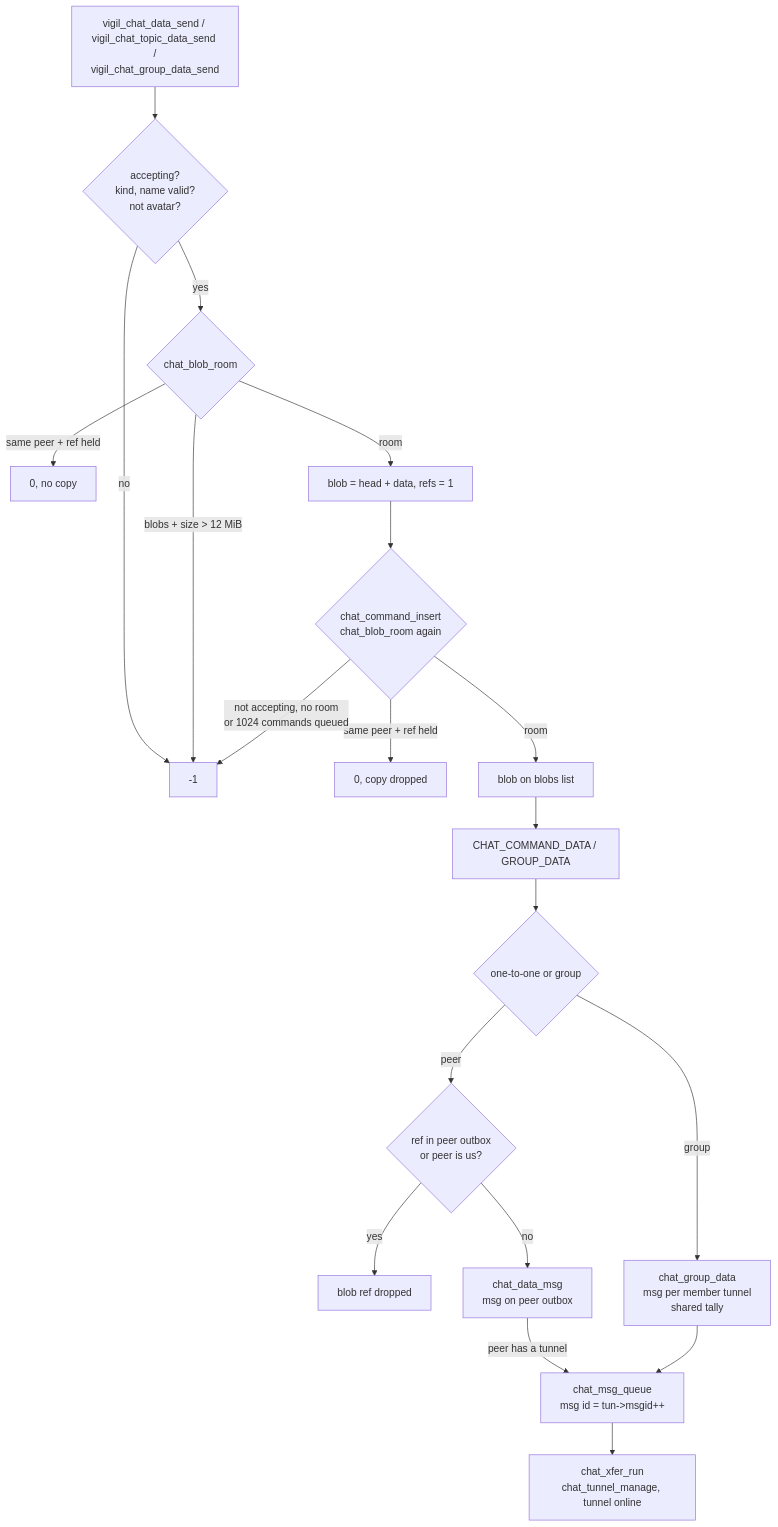
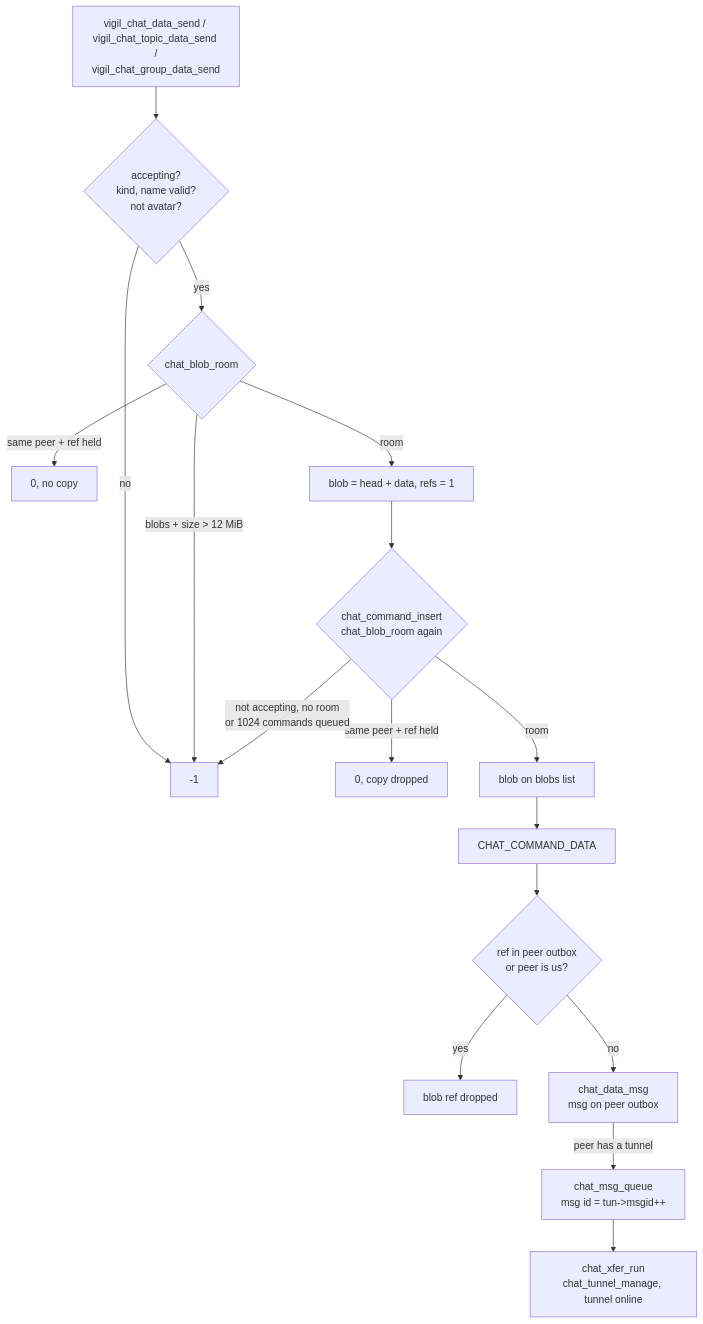
Before and after one commit to jorisvink/vigil: the second of 7 diagrams in docs/parcel.md, drawn with Mermaid. The commit also changed other lines of this file and 23 other files, not shown here.

````diff
--- a/docs/parcel.md
+++ b/docs/parcel.md
@@ -98,22 +112,19 @@
 ```mermaid
 flowchart TD
     A[vigil_chat_data_send / vigil_chat_topic_data_send /<br/>vigil_chat_group_data_send] --> B{accepting?<br/>kind, name valid?<br/>not avatar?}
     B -- no --> X[-1]
     B -- yes --> C{chat_blob_room}
     C -- same peer + ref held --> D[0, no copy]
     C -- blobs + size > 12 MiB --> X
     C -- room --> E[blob = head + data, refs = 1]
     E --> CI{chat_command_insert<br/>chat_blob_room again}
     CI -- same peer + ref held --> D3[0, copy dropped]
     CI -- not accepting, no room<br/>or 1024 commands queued --> X
     CI -- room --> E2[blob on blobs list]
-    E2 --> F[CHAT_COMMAND_DATA / GROUP_DATA]
-    F --> G{one-to-one or group}
-    G -- peer --> H{ref in peer outbox<br/>or peer is us?}
+    E2 --> F[CHAT_COMMAND_DATA]
+    F --> H{ref in peer outbox<br/>or peer is us?}
     H -- yes --> D2[blob ref dropped]
     H -- no --> H1[chat_data_msg<br/>msg on peer outbox]
-    H1 -- peer has a tunnel --> J
-    G -- group --> I[chat_group_data<br/>msg per member tunnel<br/>shared tally]
-    I --> J[chat_msg_queue<br/>msg id = tun->msgid++]
+    H1 -- peer has a tunnel --> J[chat_msg_queue<br/>msg id = tun->msgid++]
     J --> K[chat_xfer_run<br/>chat_tunnel_manage, tunnel online]
 ```
````
